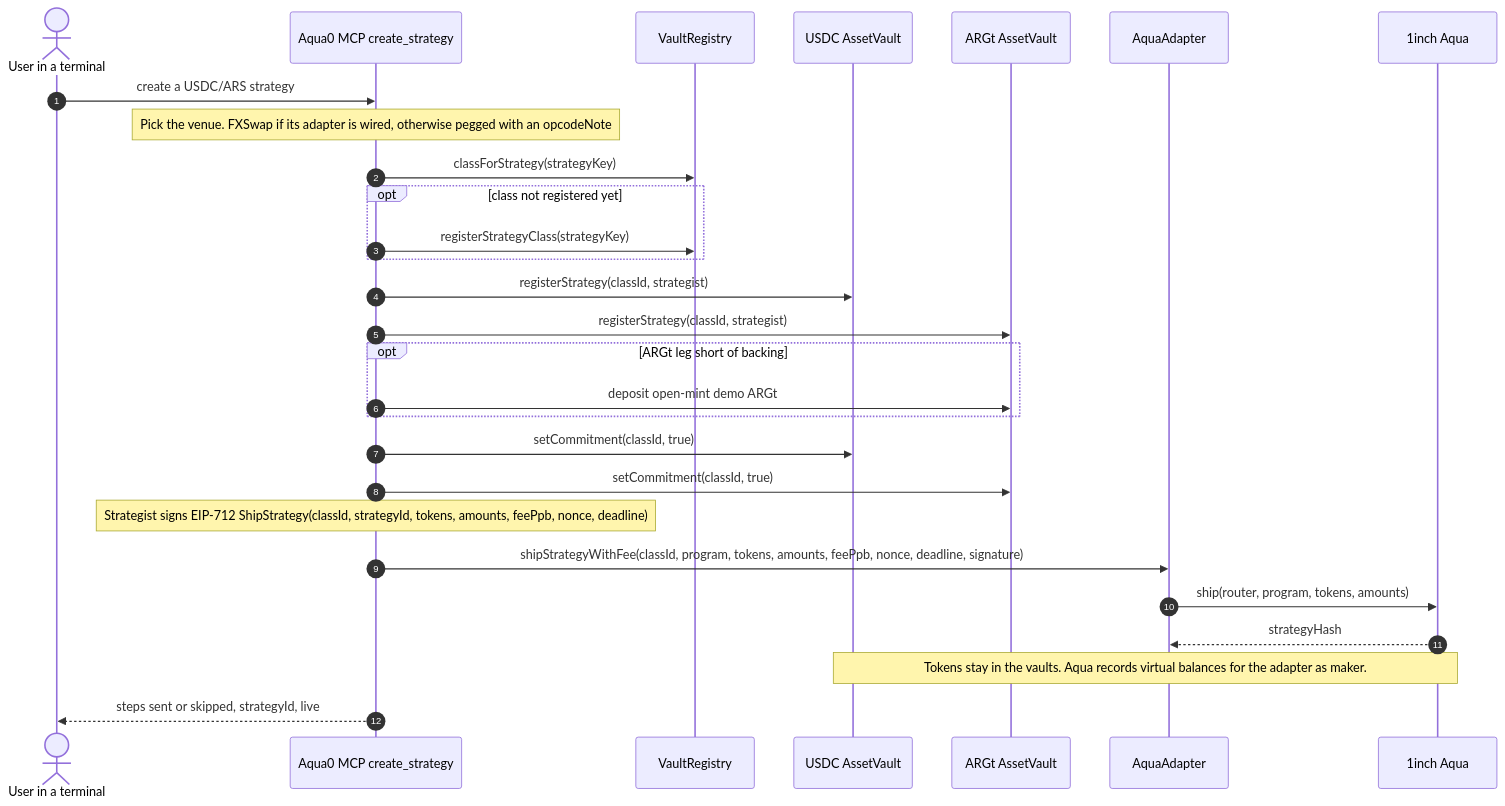
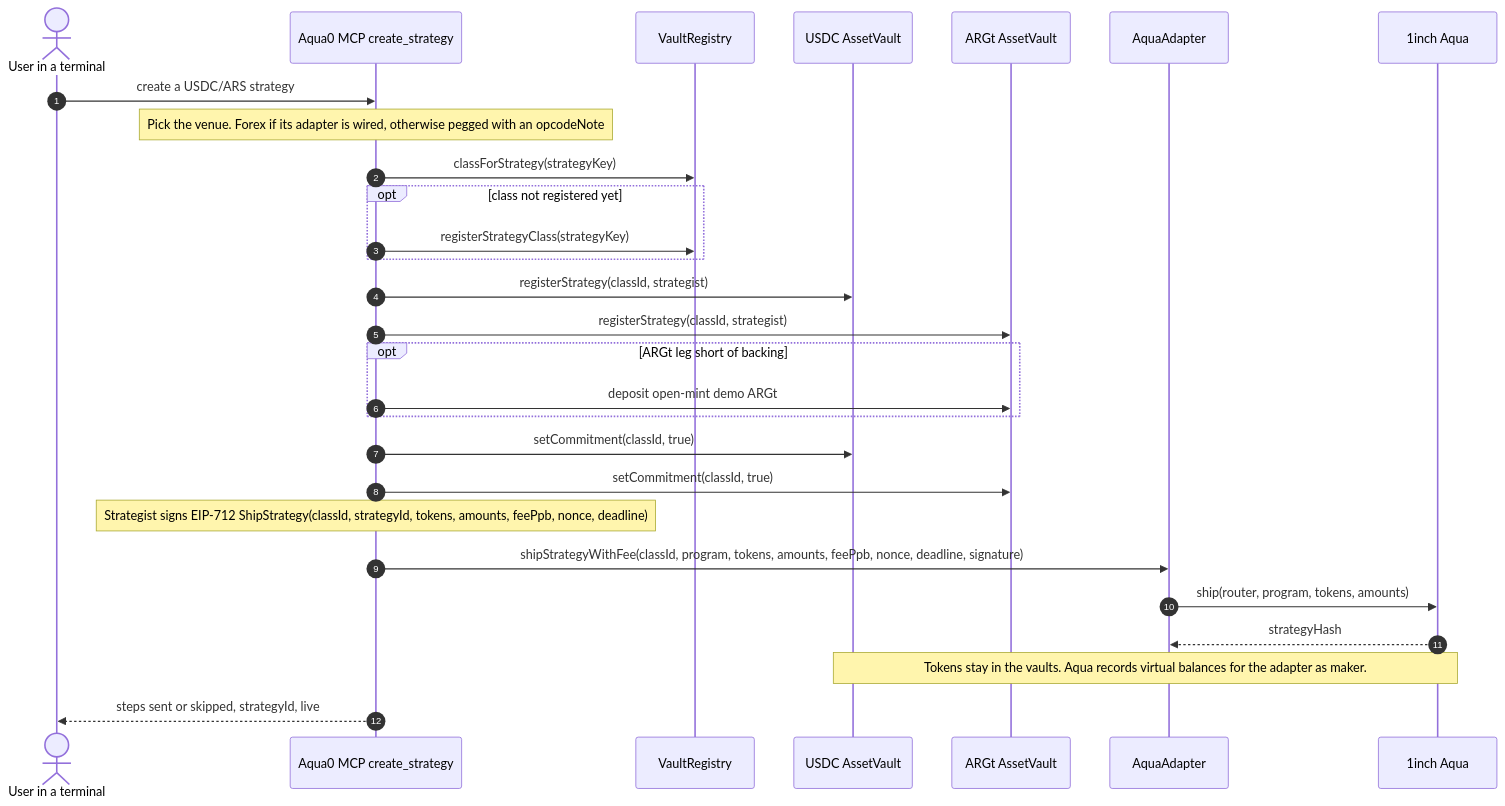
The third of 5 diagrams in README.md (Aqua0-fi/aqua0-ethglobal), drawn with Mermaid before and after one commit. The commit also changed other lines of this file and 11 other files, not shown here.

First line of the commit message:
docs: the forex curve is the FX venue; index its adapter and router on Arc

````diff
--- a/README.md
+++ b/README.md
@@ -205,31 +204,31 @@
 ```mermaid
 sequenceDiagram
   autonumber
   actor User as User in a terminal
   participant MCP as Aqua0 MCP create_strategy
   participant Registry as VaultRegistry
   participant UV as USDC AssetVault
   participant FV as ARGt AssetVault
   participant Adapter as AquaAdapter
   participant Aqua as 1inch Aqua
 
   User->>MCP: create a USDC/ARS strategy
-  Note over MCP: Pick the venue. FXSwap if its adapter is wired, otherwise pegged with an opcodeNote
+  Note over MCP: Pick the venue. Forex if its adapter is wired, otherwise pegged with an opcodeNote
   MCP->>Registry: classForStrategy(strategyKey)
   opt class not registered yet
     MCP->>Registry: registerStrategyClass(strategyKey)
   end
   MCP->>UV: registerStrategy(classId, strategist)
   MCP->>FV: registerStrategy(classId, strategist)
   opt ARGt leg short of backing
     MCP->>FV: deposit open-mint demo ARGt
   end
   MCP->>UV: setCommitment(classId, true)
   MCP->>FV: setCommitment(classId, true)
   Note over MCP: Strategist signs EIP-712 ShipStrategy(classId, strategyId, tokens, amounts, feePpb, nonce, deadline)
   MCP->>Adapter: shipStrategyWithFee(classId, program, tokens, amounts, feePpb, nonce, deadline, signature)
   Adapter->>Aqua: ship(router, program, tokens, amounts)
   Aqua-->>Adapter: strategyHash
   Note over UV,Aqua: Tokens stay in the vaults. Aqua records virtual balances for the adapter as maker.
   MCP-->>User: steps sent or skipped, strategyId, live
 ```
````
